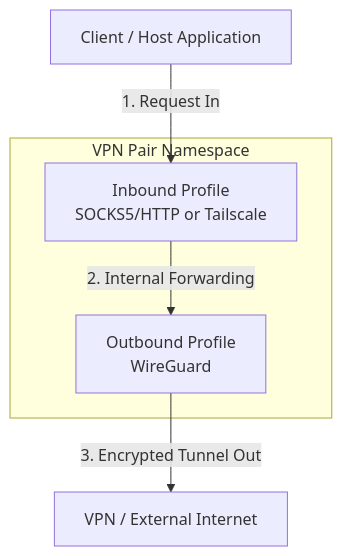
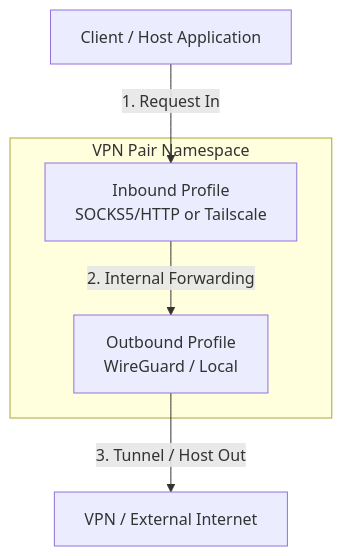
Before and after one commit to quaywin/hermit: the first of 2 diagrams in README.md, drawn with Mermaid. The commit also changed other lines of this file and 36 other files, not shown here.

````diff
--- a/README.md
+++ b/README.md
@@ -20,8 +20,8 @@
 ```mermaid
 flowchart TD
     Client["Client / Host Application"] -->|"1. Request In"| Inbound["Inbound Profile <br/> SOCKS5/HTTP or Tailscale"]
     subgraph NetNS["VPN Pair Namespace"]
-        Inbound -->|"2. Internal Forwarding"| Outbound["Outbound Profile <br/> WireGuard"]
+        Inbound -->|"2. Internal Forwarding"| Outbound["Outbound Profile <br/> WireGuard / Local"]
     end
-    Outbound -->|"3. Encrypted Tunnel Out"| Internet["VPN / External Internet"]
+    Outbound -->|"3. Tunnel / Host Out"| Internet["VPN / External Internet"]
 ```
````
